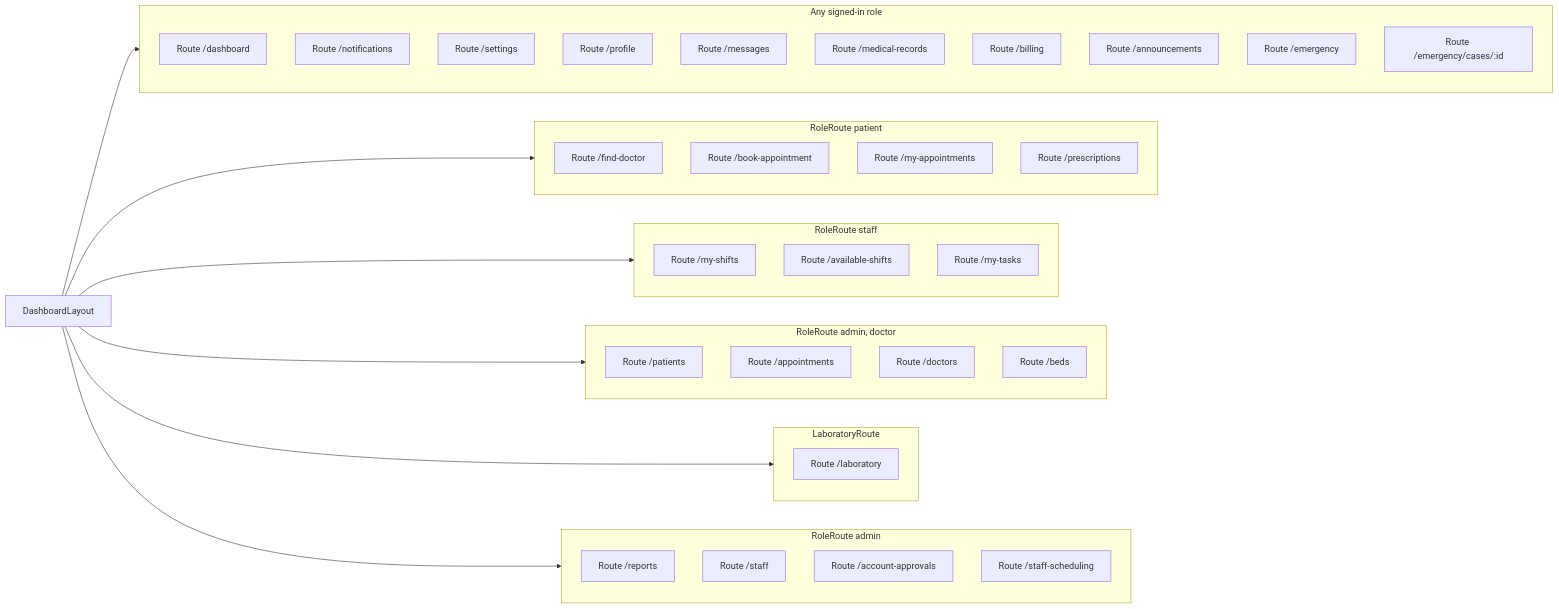
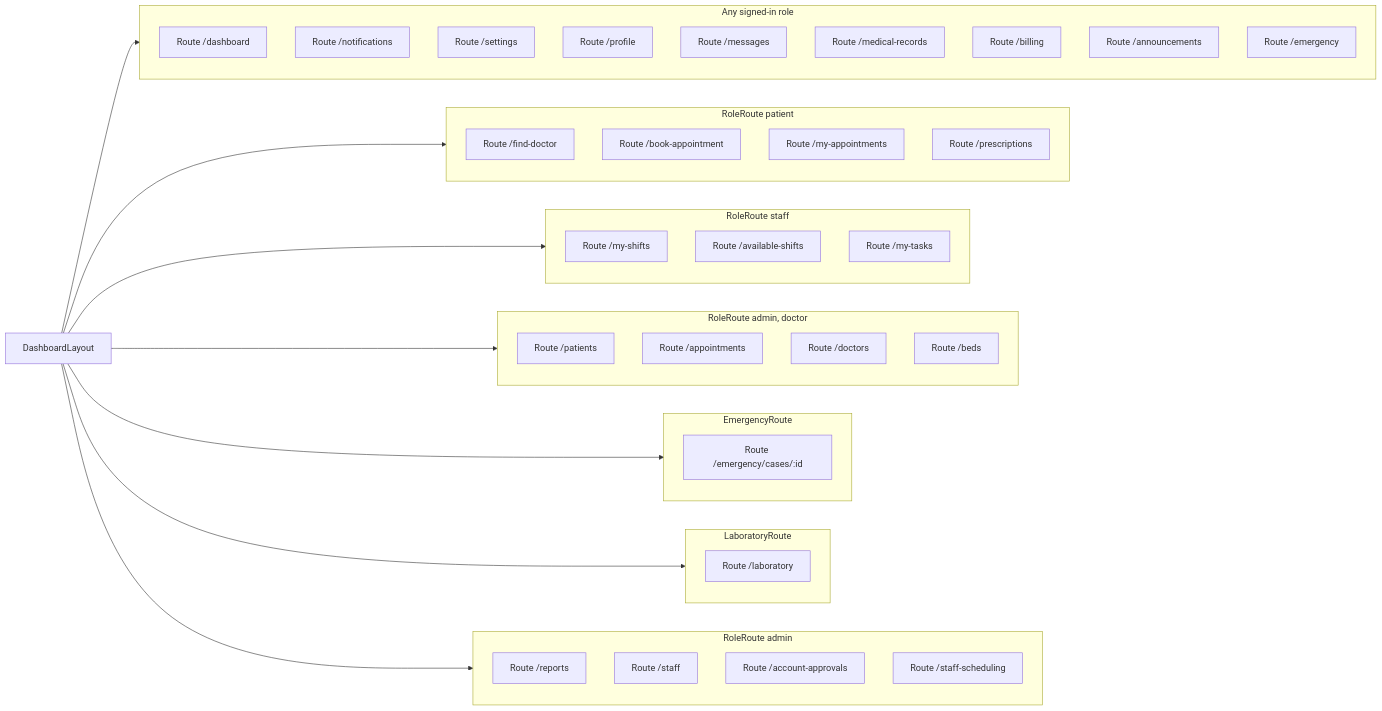
One commit to muhammadhamd56-cloud/hospital-management-system changed the fifth of 21 diagrams in frontend/ARCHITECTURE.md. Above: the diagram before and after it, drawn with Mermaid. The commit also changed other lines of this file and 13 other files, not shown here.

First line of the commit message:
docs: document the Ollama-based Admin AI and correct stale architecture gaps

````diff
--- a/frontend/ARCHITECTURE.md
+++ b/frontend/ARCHITECTURE.md
@@ -366,48 +374,51 @@
 ```mermaid
 flowchart LR
     Dash["DashboardLayout"]
     subgraph Shared["Any signed-in role"]
         R1["Route /dashboard"]
         R2["Route /notifications"]
         R3["Route /settings"]
         R4["Route /profile"]
         R5["Route /messages"]
         R6["Route /medical-records"]
         R7["Route /billing"]
         R8["Route /announcements"]
         R9["Route /emergency"]
-        R10["Route /emergency/cases/:id"]
+    end
+    subgraph EmergencyGate["EmergencyRoute"]
+        E1["Route /emergency/cases/:id"]
     end
     subgraph PatientOnly["RoleRoute patient"]
         P1["Route /find-doctor"]
         P2["Route /book-appointment"]
         P3["Route /my-appointments"]
         P4["Route /prescriptions"]
     end
     subgraph StaffOnly["RoleRoute staff"]
         S1["Route /my-shifts"]
         S2["Route /available-shifts"]
         S3["Route /my-tasks"]
     end
     subgraph Ops["RoleRoute admin, doctor"]
         O1["Route /patients"]
         O2["Route /appointments"]
         O3["Route /doctors"]
         O4["Route /beds"]
     end
     subgraph Lab["LaboratoryRoute"]
         L1["Route /laboratory"]
     end
     subgraph AdminOnly["RoleRoute admin"]
         A1["Route /reports"]
         A2["Route /staff"]
         A3["Route /account-approvals"]
         A4["Route /staff-scheduling"]
     end
     Dash --> Shared
     Dash --> PatientOnly
     Dash --> StaffOnly
     Dash --> Ops
+    Dash --> EmergencyGate
     Dash --> Lab
     Dash --> AdminOnly
 ```
````
